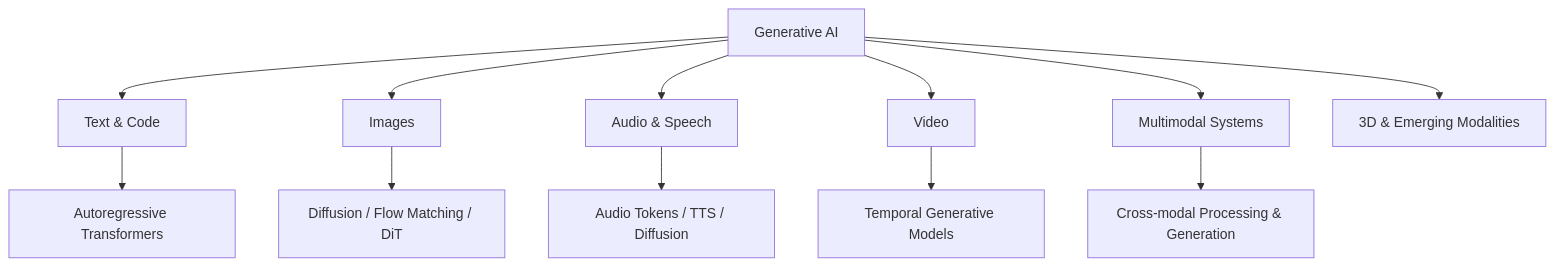
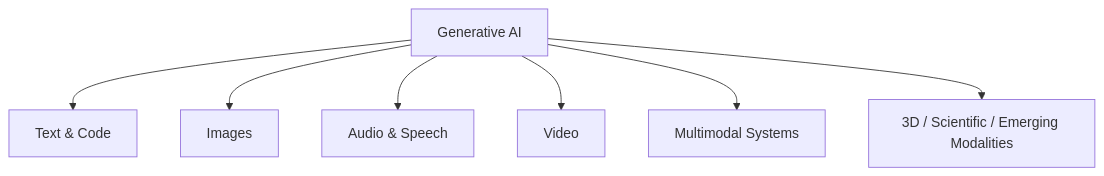
The third of 4 diagrams in docs/ai-engineering/00-start-here.md (salman0butt/handbook), drawn with Mermaid before and after one commit. The commit also changed other lines of this file and 113 other files, not shown here.

````diff
--- a/docs/ai-engineering/00-start-here.md
+++ b/docs/ai-engineering/00-start-here.md
@@ -85,15 +77,9 @@
 ```mermaid
 flowchart TD
   G[Generative AI] --> T[Text & Code]
   G --> I[Images]
   G --> A[Audio & Speech]
   G --> V[Video]
   G --> M[Multimodal Systems]
-  G --> D[3D & Emerging Modalities]
-
-  T --> AR[Autoregressive Transformers]
-  I --> DF[Diffusion / Flow Matching / DiT]
-  A --> AT[Audio Tokens / TTS / Diffusion]
-  V --> TM[Temporal Generative Models]
-  M --> MM[Cross-modal Processing & Generation]
+  G --> D[3D / Scientific / Emerging Modalities]
 ```
````
